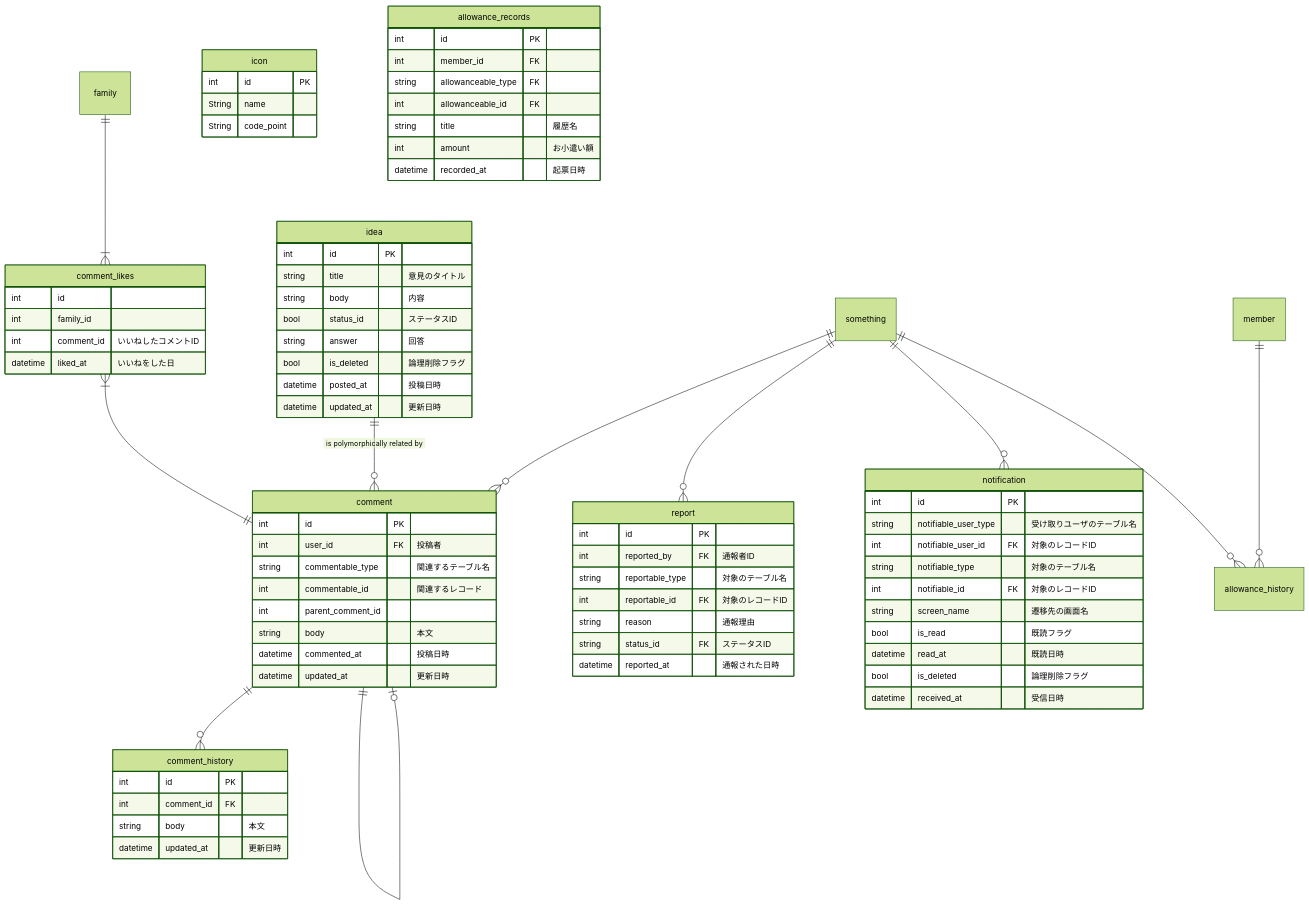
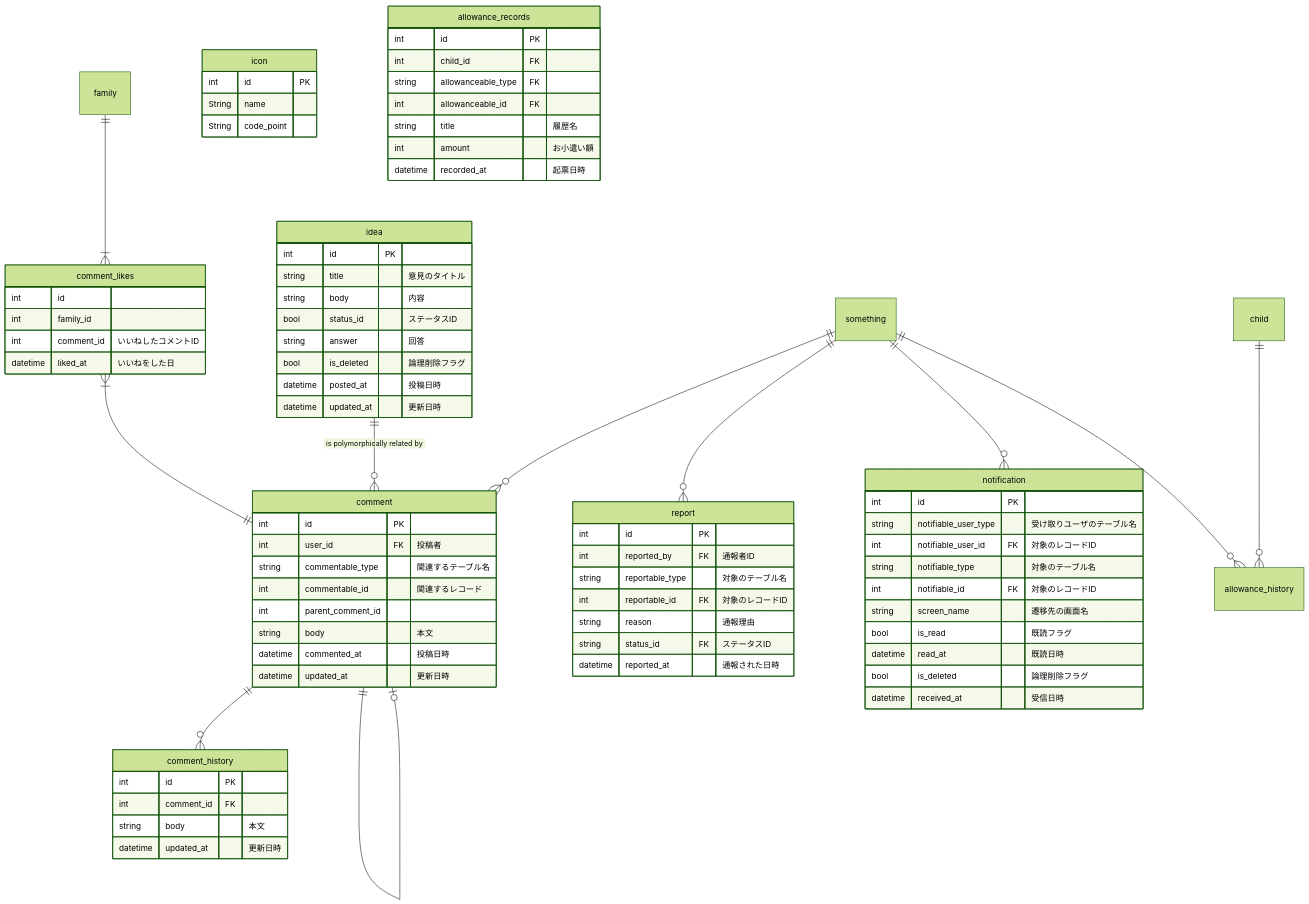
One commit to shuhei1101/allowance-questboard changed the diagram in docs/uml/other_erd_old.md. Above: the diagram before and after it, drawn with Mermaid (forest theme). The commit also changed 68 other files, not shown here.

```diff
--- a/docs/uml/other_erd_old.md
+++ b/docs/uml/other_erd_old.md
@@ -120,7 +120,7 @@
     }
 
     something ||--o{ allowance_history: ""
-    member ||--o{ allowance_history: ""
+    child ||--o{ allowance_history: ""
 
     allowance_records {
         %% 月ごとのお小遣い明細の記録 
@@ -129,7 +129,7 @@
 
         int id PK
         %% ---
-        int member_id FK
+        int child_id FK
         %% ---
         string allowanceable_type FK
         int allowanceable_id FK
```
